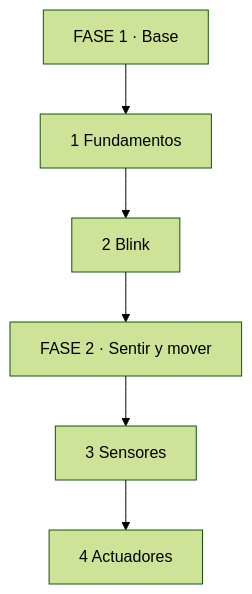
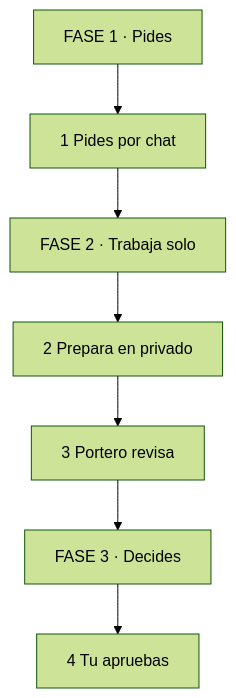
Diagram 11 of 11 in src/content/blog/skills/skill.md (jeroroldan/jeronimo-blog), drawn with Mermaid (forest theme) before and after one commit. The commit also changed other lines of this file, not shown here.

First line of the commit message:
feat(blog): update skill workflow diagrams for clarity and comprehension

````diff
--- a/src/content/blog/skills/skill.md
+++ b/src/content/blog/skills/skill.md
@@ -1518,9 +1488,10 @@
 ```mermaid
 flowchart TD
-    F1["FASE 1 · Base"]
-    F1 --> A["1 Fundamentos"]
-    A --> B["2 Blink"]
-    B --> F2["FASE 2 · Sentir y mover"]
-    F2 --> C["3 Sensores"]
-    C --> D["4 Actuadores"]
+    F1["FASE 1 · Pides"]
+    F1 --> A["1 Pides por chat"]
+    A --> F2["FASE 2 · Trabaja solo"]
+    F2 --> B["2 Prepara en privado"]
+    B --> C["3 Portero revisa"]
+    C --> F3["FASE 3 · Decides"]
+    F3 --> D["4 Tu apruebas"]
 ```
````
